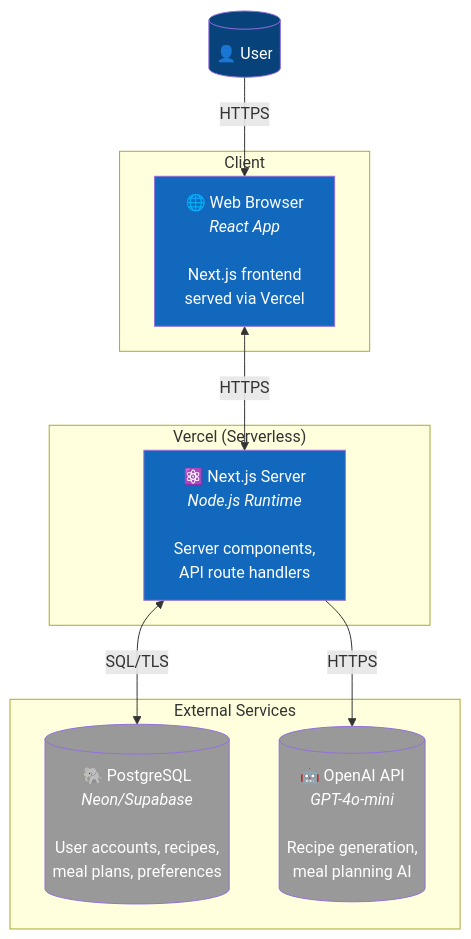
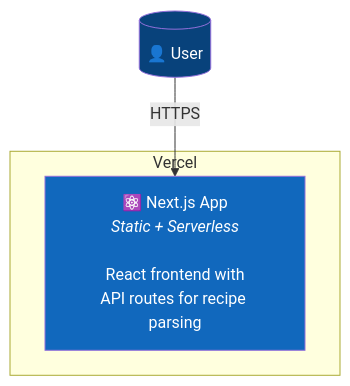
Before and after one commit to dp-lewis/food-plan: the third of 5 diagrams in docs/architecture.md, drawn with Mermaid. The commit also changed other lines of this file and 5 other files, not shown here.

````diff
--- a/docs/architecture.md
+++ b/docs/architecture.md
@@ -77,29 +74,13 @@
 ```mermaid
 flowchart TB
-    subgraph client ["Client"]
-        browser["🌐 Web Browser<br/><i>React App</i><br/><br/>Next.js frontend<br/>served via Vercel"]
-    end
-
-    subgraph vercel ["Vercel (Serverless)"]
-        nextjs["⚛️ Next.js Server<br/><i>Node.js Runtime</i><br/><br/>Server components,<br/>API route handlers"]
-    end
-
-    subgraph external ["External Services"]
-        db[("🐘 PostgreSQL<br/><i>Neon/Supabase</i><br/><br/>User accounts, recipes,<br/>meal plans, preferences")]
-
-        openai[("🤖 OpenAI API<br/><i>GPT-4o-mini</i><br/><br/>Recipe generation,<br/>meal planning AI")]
+    subgraph vercel ["Vercel"]
+        nextjs["⚛️ Next.js App<br/><i>Static + Serverless</i><br/><br/>React frontend with<br/>API routes for recipe parsing"]
     end
 
     user[("👤 User")]
 
-    user -->|"HTTPS"| browser
-    browser <-->|"HTTPS"| nextjs
-    nextjs <-->|"SQL/TLS"| db
-    nextjs -->|"HTTPS"| openai
+    user -->|"HTTPS"| nextjs
 
     style user fill:#08427b,color:#fff
-    style browser fill:#1168bd,color:#fff
     style nextjs fill:#1168bd,color:#fff
-    style db fill:#999,color:#fff
-    style openai fill:#999,color:#fff
 ```
````
